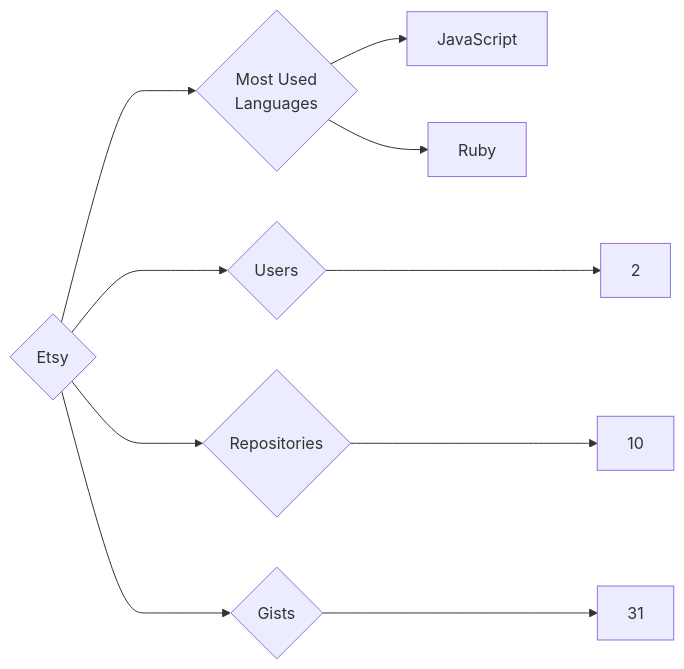
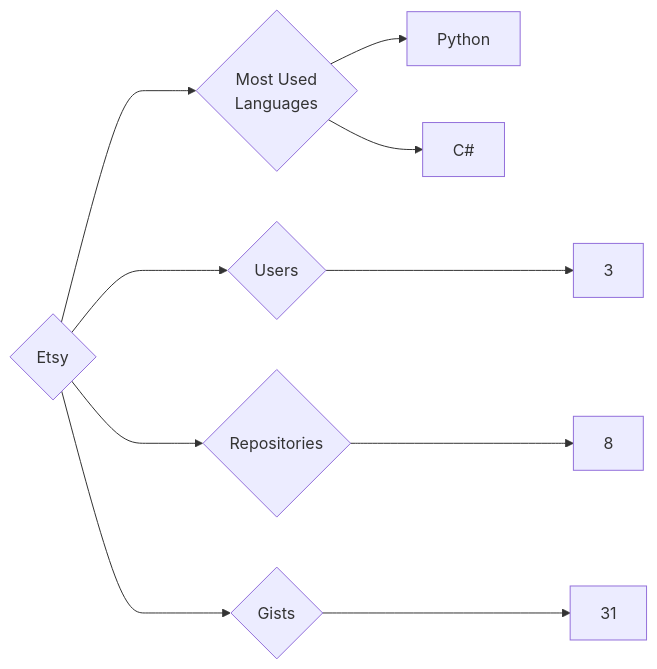
One commit to trickest/insiders changed the diagram in targets/Etsy/README.md. Above: the diagram before and after it, drawn with Mermaid. The commit also changed 1088 other files, not shown here.

````diff
--- a/targets/Etsy/README.md
+++ b/targets/Etsy/README.md
@@ -3,10 +3,10 @@
 ```mermaid
 graph LR
 COMPANY_NAME{Etsy}
-COMPANY_NAME ---> U{Users} ---> UN[2]
-COMPANY_NAME ---> R{Repositories} ---> RN[10]
+COMPANY_NAME ---> U{Users} ---> UN[3]
+COMPANY_NAME ---> R{Repositories} ---> RN[8]
 COMPANY_NAME ---> G{Gists} ---> GN[31]
 COMPANY_NAME ---> ML{Most Used<br>Languages}
-ML --> JavaScript[JavaScript]
-ML --> Ruby[Ruby]
+ML --> Python[Python]
+ML --> C#[C#]
 ```
````
